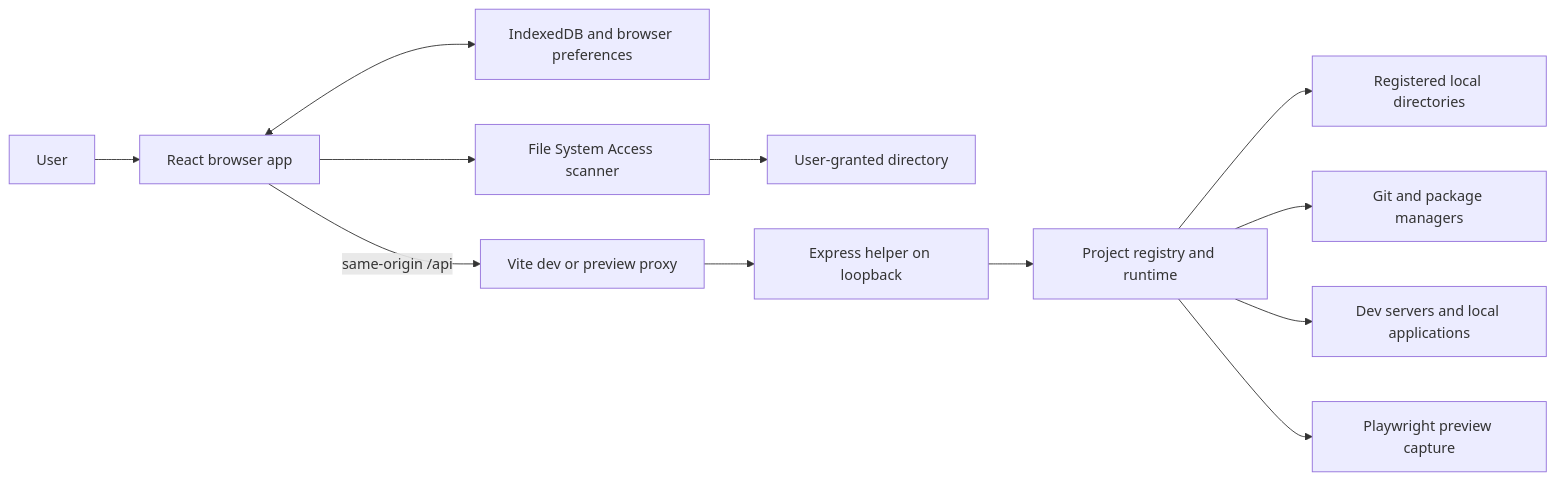
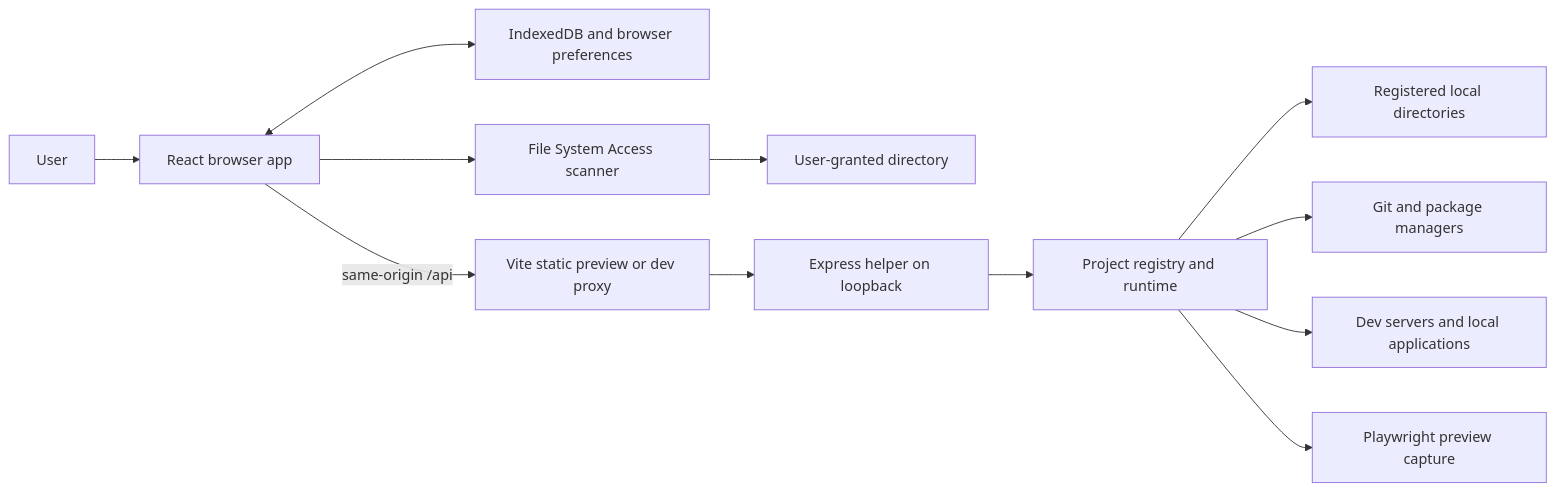
The diagram in docs/architecture.md (FrediBach/local-repos), drawn with Mermaid before and after one commit. The commit also changed other lines of this file and 11 other files, not shown here.

````diff
--- a/docs/architecture.md
+++ b/docs/architecture.md
@@ -10,14 +10,14 @@
 ```mermaid
 flowchart LR
   User[User] --> UI[React browser app]
   UI <--> Cache[IndexedDB and browser preferences]
   UI --> BrowserScan[File System Access scanner]
   BrowserScan --> Granted[User-granted directory]
-  UI -->|same-origin /api| Vite[Vite dev or preview proxy]
+  UI -->|same-origin /api| Vite[Vite static preview or dev proxy]
   Vite --> Helper[Express helper on loopback]
   Helper --> Registry[Project registry and runtime]
   Registry --> Files[Registered local directories]
   Registry --> Tools[Git and package managers]
   Registry --> Processes[Dev servers and local applications]
   Registry --> Capture[Playwright preview capture]
 ```
````
